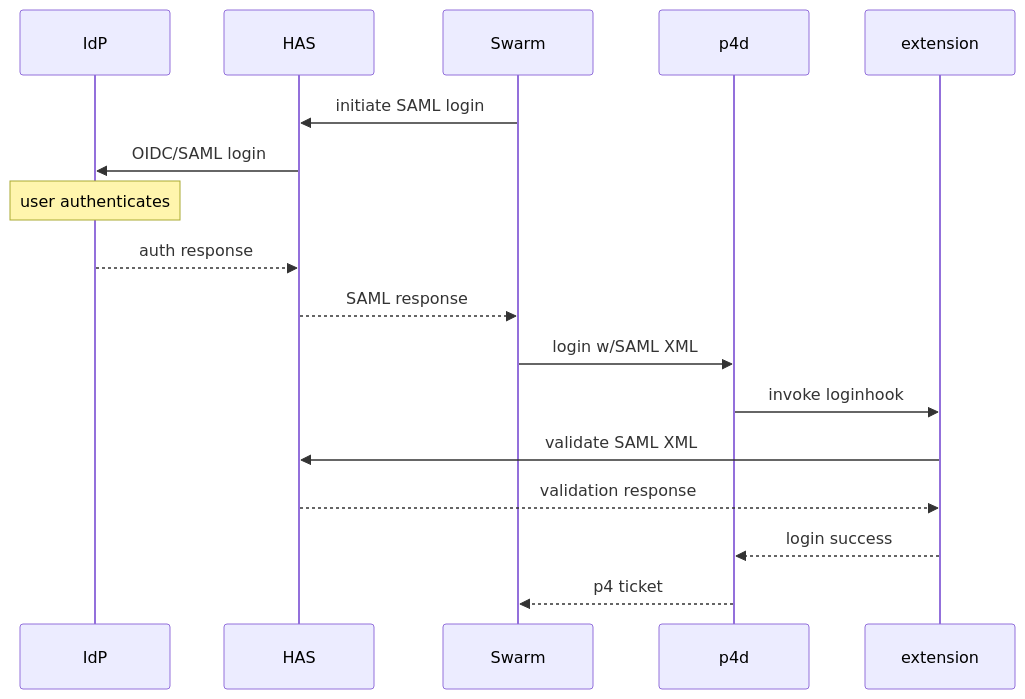
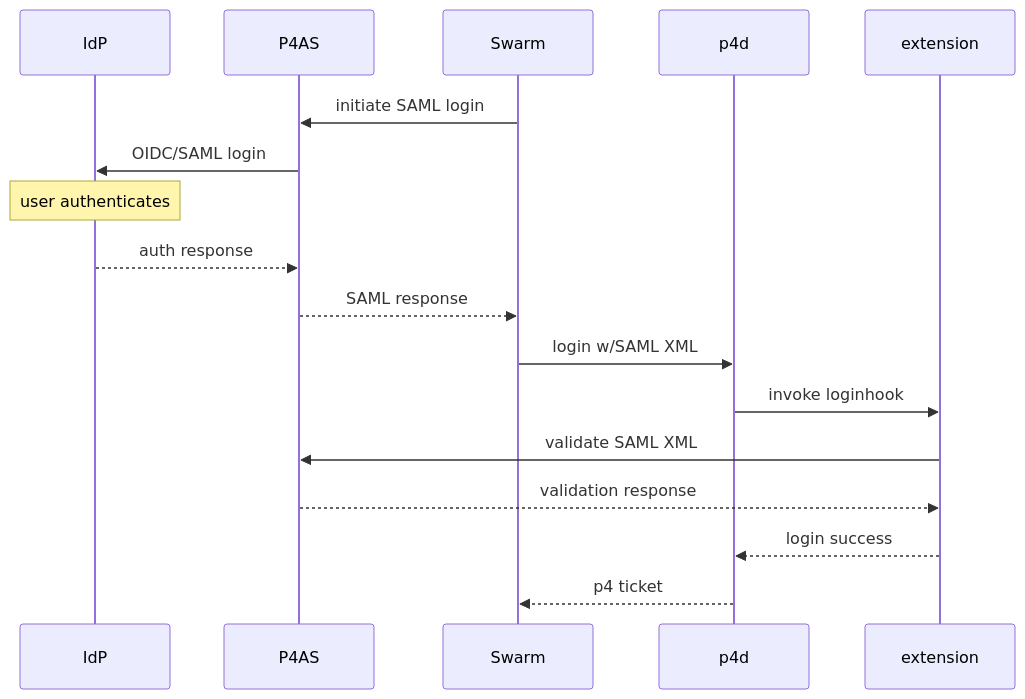
One commit to perforce/helix-authentication-service changed the diagram in docs/swarm_sequence.mmd. Above: the diagram before and after it, drawn with Mermaid. The commit also changed 54 other files, not shown here.

```diff
--- a/docs/swarm_sequence.mmd
+++ b/docs/swarm_sequence.mmd
@@ -1,18 +1,18 @@
 sequenceDiagram
     % order of the participants affects the layout
     participant I as IdP
-    participant H as HAS
+    participant H as P4AS
     participant S as Swarm
     participant P as p4d
     participant X as extension
     S->>H: initiate SAML login
     H->>I: OIDC/SAML login
     Note over I: user authenticates
     I-->>H: auth response
     H-->>S: SAML response
     S->>P: login w/SAML XML
     P->>X: invoke loginhook
     X->>H: validate SAML XML
     H-->>X: validation response
     X-->>P: login success
     P-->>S: p4 ticket
```
